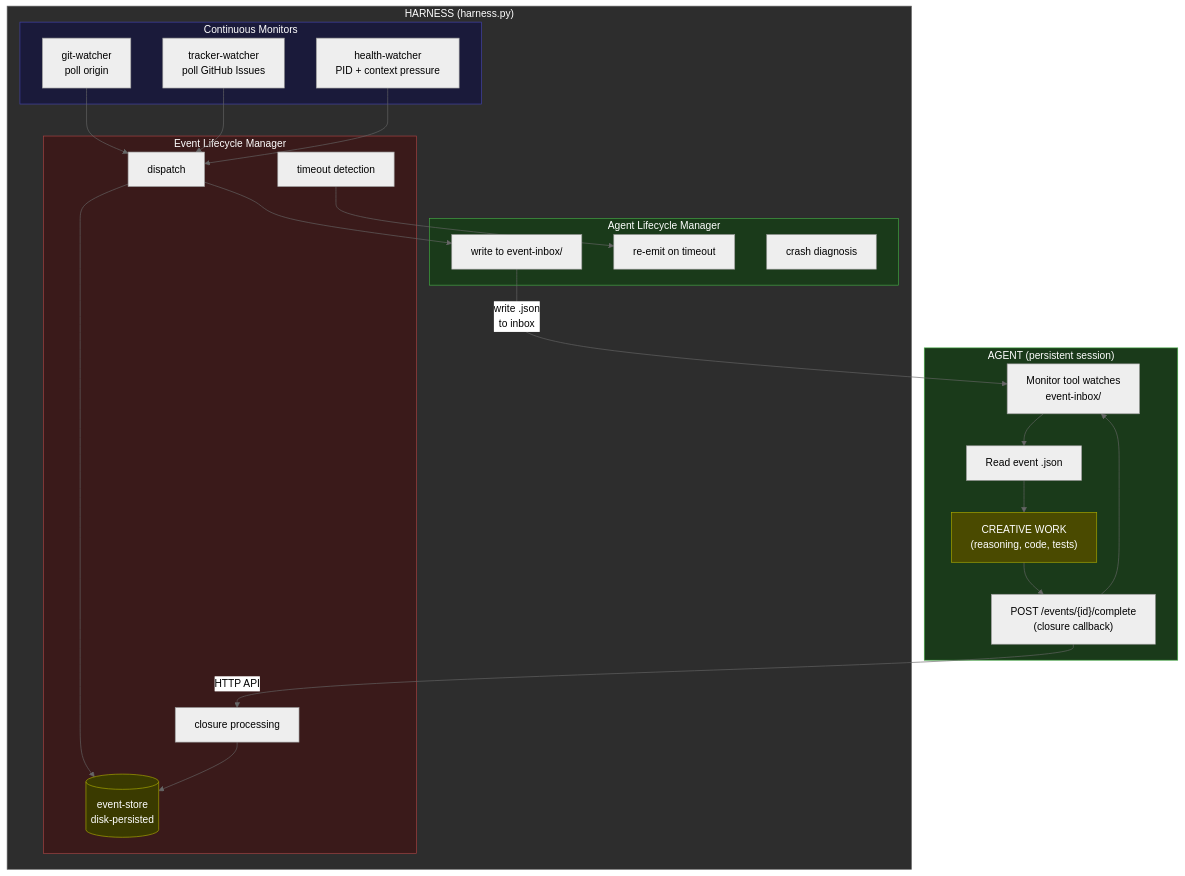
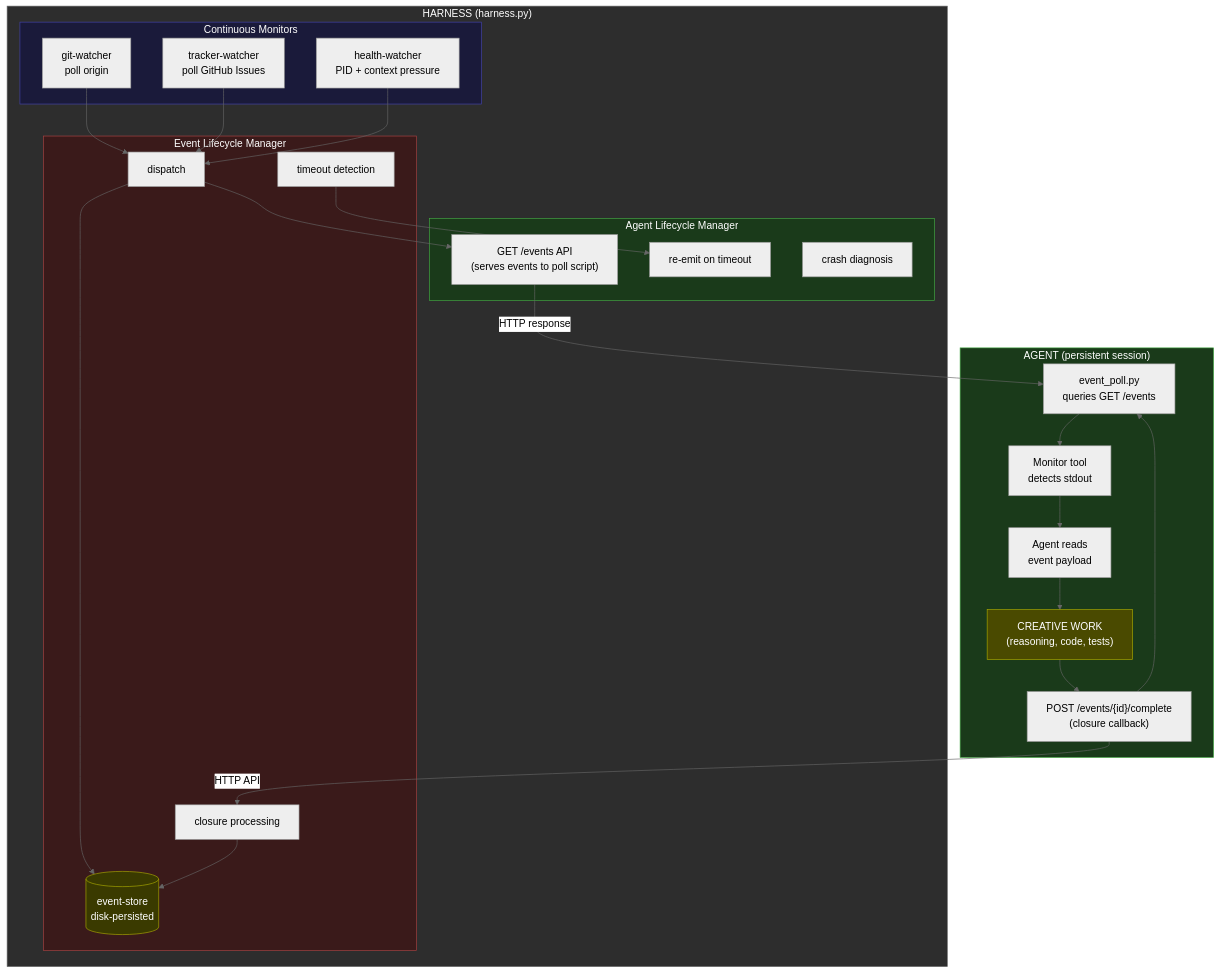
One commit to WallyDoodlez/SquidSquad changed the third of 6 diagrams in .squidsquad/pm/planning/FEAT-PM-7630-PRD.md. Above: the diagram before and after it, drawn with Mermaid (neutral theme). The commit also changed other lines of this file and 1 other file, not shown here.

First line of the commit message:
pm: #7630 — replace file-based event inbox with poll script + API

````diff
--- a/.squidsquad/pm/planning/FEAT-PM-7630-PRD.md
+++ b/.squidsquad/pm/planning/FEAT-PM-7630-PRD.md
@@ -166,46 +167,47 @@
 ```mermaid
 graph TB
     subgraph HARNESS["HARNESS (harness.py)"]
         subgraph MONITORS["Continuous Monitors"]
             GIT[git-watcher<br/>poll origin]
             TRACKER[tracker-watcher<br/>poll GitHub Issues]
             HEALTH[health-watcher<br/>PID + context pressure]
         end
         subgraph LIFECYCLE["Event Lifecycle Manager"]
             DISPATCH[dispatch]
             TIMEOUT[timeout detection]
             CLOSURE[closure processing]
             STORE[(event-store<br/>disk-persisted)]
         end
         subgraph AGENT_MGR["Agent Lifecycle Manager"]
-            INBOX[write to event-inbox/]
+            API_SERVE["GET /events API<br/>(serves events to poll script)"]
             REEMIT[re-emit on timeout]
             DIAGNOSE[crash diagnosis]
         end
         GIT --> DISPATCH
         TRACKER --> DISPATCH
         HEALTH --> DISPATCH
         DISPATCH --> STORE
-        DISPATCH --> INBOX
+        DISPATCH --> API_SERVE
         TIMEOUT --> REEMIT
         CLOSURE --> STORE
     end
 
     subgraph AGENT_A["AGENT (persistent session)"]
-        MONITOR_A["Monitor tool watches<br/>event-inbox/"] --> READ_A["Read event .json"]
+        POLL["event_poll.py<br/>queries GET /events"] --> MONITOR_A["Monitor tool<br/>detects stdout"]
+        MONITOR_A --> READ_A["Agent reads<br/>event payload"]
         READ_A --> CREATIVE_A["CREATIVE WORK<br/>(reasoning, code, tests)"]
         CREATIVE_A --> CLOSE_A["POST /events/{id}/complete<br/>(closure callback)"]
-        CLOSE_A --> MONITOR_A
+        CLOSE_A --> POLL
     end
 
-    INBOX -->|"write .json<br/>to inbox"| MONITOR_A
+    API_SERVE -->|"HTTP response"| POLL
     CLOSE_A -->|"HTTP API"| CLOSURE
 
     style HARNESS fill:#2d2d2d,stroke:#666,color:#fff
     style MONITORS fill:#1a1a3a,stroke:#44a,color:#fff
     style LIFECYCLE fill:#3a1a1a,stroke:#a44,color:#fff
     style AGENT_MGR fill:#1a3a1a,stroke:#4a4,color:#fff
     style AGENT_A fill:#1a3a1a,stroke:#4a4,color:#fff
     style CREATIVE_A fill:#4a4a00,stroke:#aa0,color:#fff
     style STORE fill:#3a3a00,stroke:#aa0,color:#fff
 ```
````
